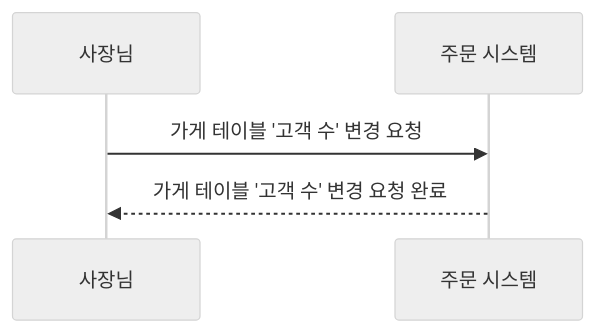
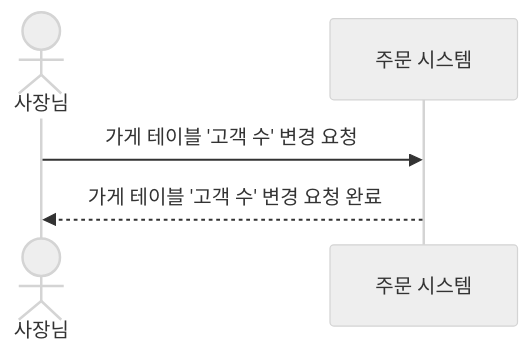
One commit to next-step/ddd-strategic-design changed diagram 24 of 33 in README.md. Above: the diagram before and after it, drawn with Mermaid (neutral theme). The commit also changed other lines of this file, not shown here.

````diff
--- a/README.md
+++ b/README.md
@@ -775,8 +775,8 @@
 ```mermaid
 sequenceDiagram
-    participant RestaurantOwner as 사장님
+    actor RestaurantOwner as 사장님
     participant System as 주문 시스템
   
     RestaurantOwner->>System: 가게 테이블 '고객 수' 변경 요청 
     System-->>RestaurantOwner: 가게 테이블 '고객 수' 변경 요청 완료
 ```
````
